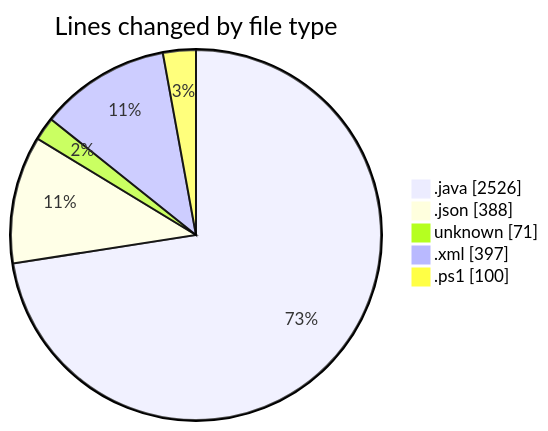
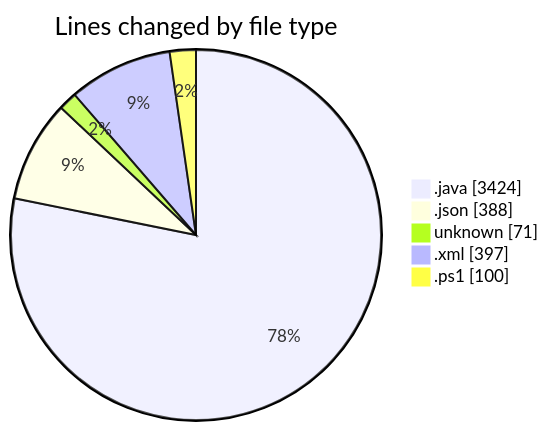
Before and after one commit to charlie-sans/code-tracking: the first of 2 diagrams in 2025-02-25/micros/README.md, drawn with Mermaid. The commit also changed other lines of this file and 1 other file, not shown here.

````diff
--- a/2025-02-25/micros/README.md
+++ b/2025-02-25/micros/README.md
@@ -31,9 +33,9 @@
 ```mermaid
 pie showData
 title Lines changed by file type
-".java" : 2526
+".java" : 3424
 ".json" : 388
 "unknown" : 71
 ".xml" : 397
 ".ps1" : 100
 ```
````
